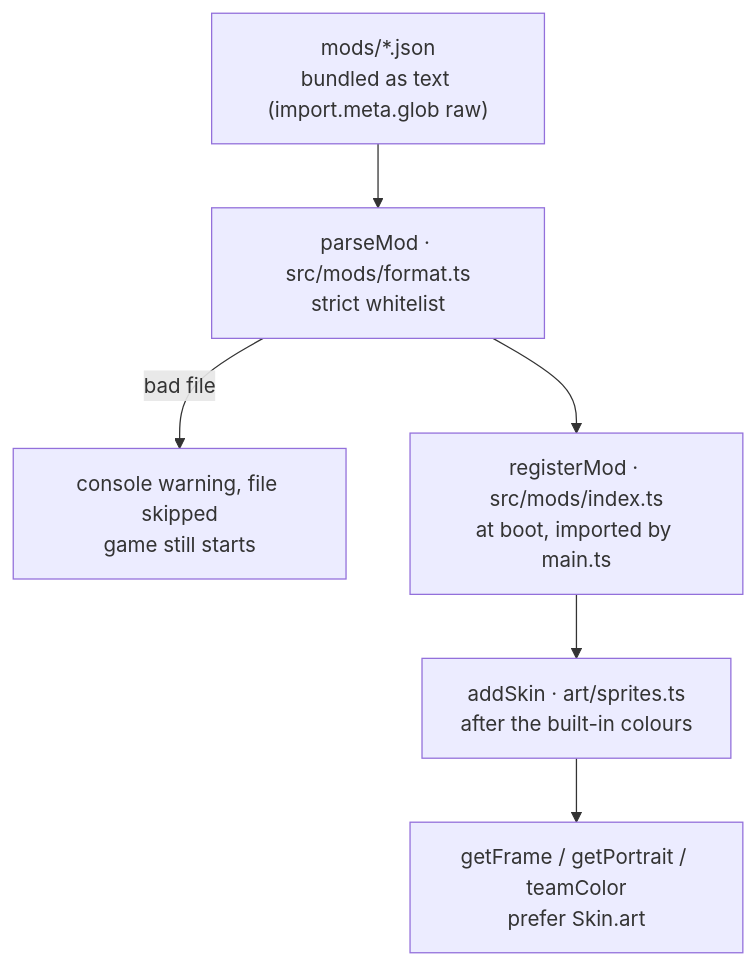
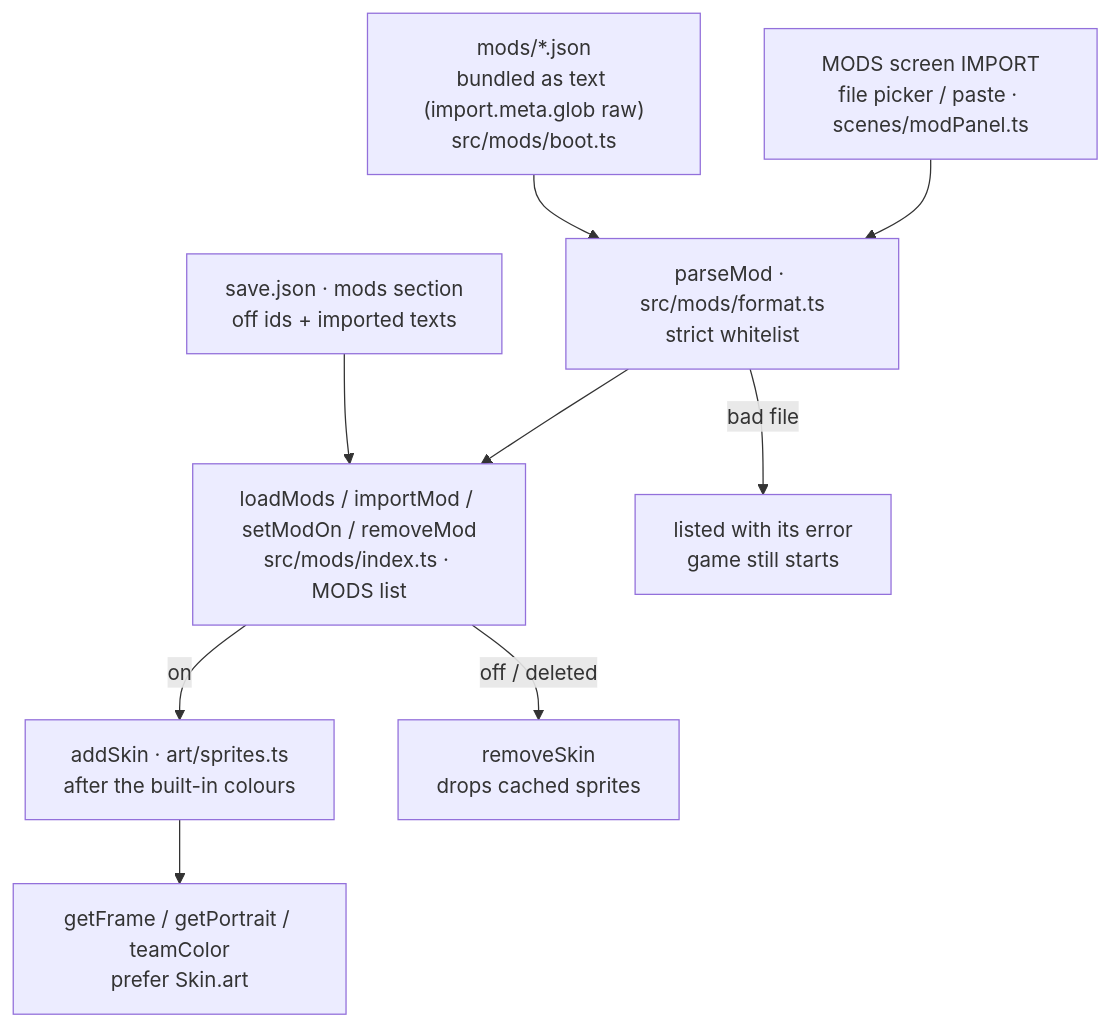
Before and after one commit to WesleyT4N/spell-vs-steel: the sixth of 22 diagrams in docs/ARCHITECTURE.md, drawn with Mermaid. The commit also changed other lines of this file and 18 other files, not shown here.

First line of the commit message:
Wes and Hazel Druid HD skin mods, and a MODS screen to import and switch mods (#124)

````diff
--- a/docs/ARCHITECTURE.md
+++ b/docs/ARCHITECTURE.md
@@ -209,8 +209,11 @@
 ```mermaid
 flowchart TD
-  F["mods/*.json<br/>bundled as text (import.meta.glob raw)"] --> P["parseMod · src/mods/format.ts<br/>strict whitelist"]
-  P -- bad file --> X["console warning, file skipped<br/>game still starts"]
-  P --> R["registerMod · src/mods/index.ts<br/>at boot, imported by main.ts"]
-  R --> A["addSkin · art/sprites.ts<br/>after the built-in colours"]
+  F["mods/*.json<br/>bundled as text (import.meta.glob raw)<br/>src/mods/boot.ts"] --> P["parseMod · src/mods/format.ts<br/>strict whitelist"]
+  I["MODS screen IMPORT<br/>file picker / paste · scenes/modPanel.ts"] --> P
+  S["save.json · mods section<br/>off ids + imported texts"] --> L
+  P -- bad file --> X["listed with its error<br/>game still starts"]
+  P --> L["loadMods / importMod / setModOn / removeMod<br/>src/mods/index.ts · MODS list"]
+  L -- on --> A["addSkin · art/sprites.ts<br/>after the built-in colours"]
+  L -- off / deleted --> RM["removeSkin<br/>drops cached sprites"]
   A --> D["getFrame / getPortrait / teamColor<br/>prefer Skin.art"]
 ```
````
